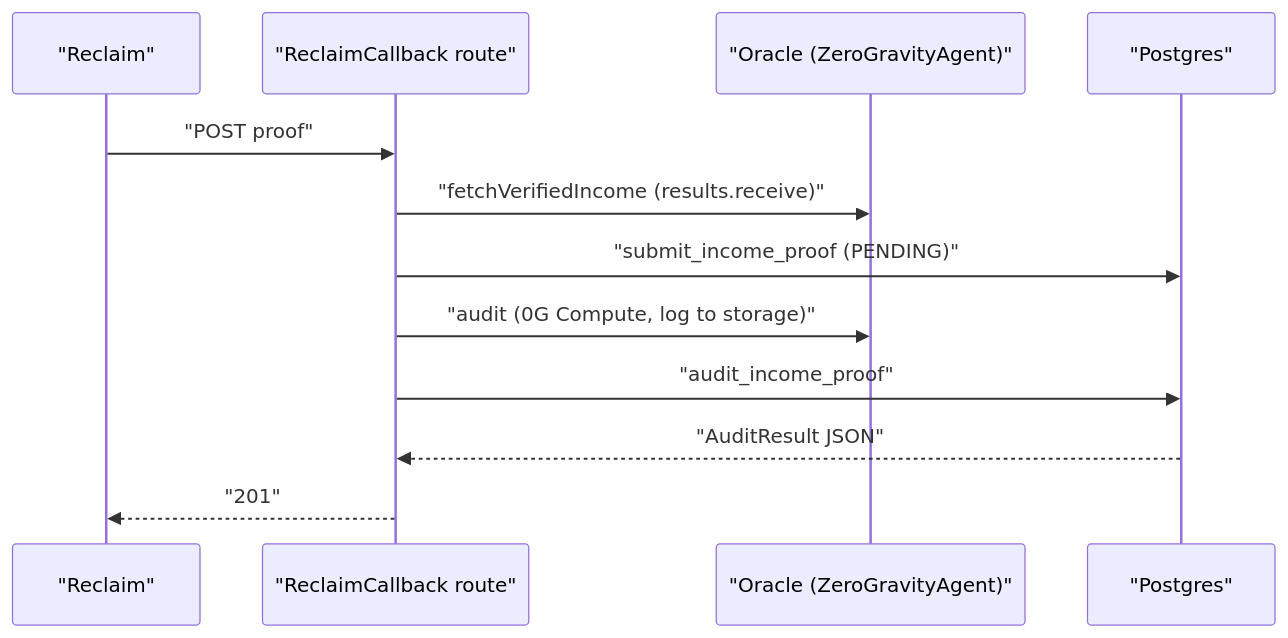
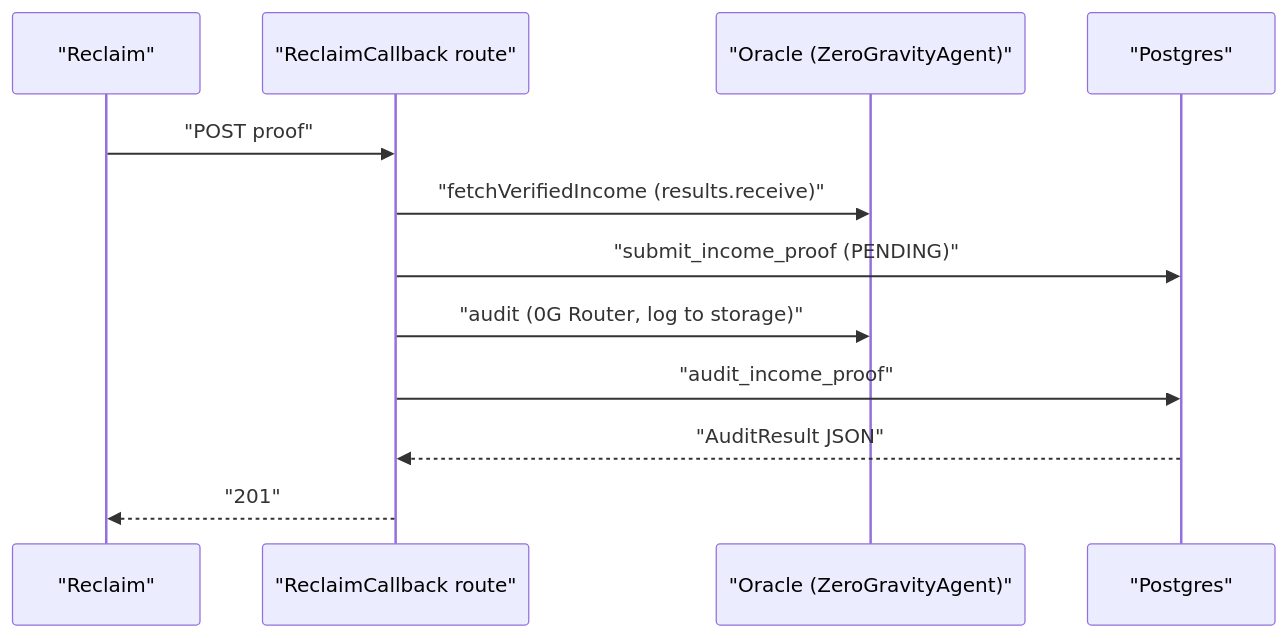
One commit to predatorx7/stakeme-ex changed the fourth of 4 diagrams in docs/backend.md. Above: the diagram before and after it, drawn with Mermaid. The commit also changed other lines of this file and 10 other files, not shown here.

````diff
--- a/docs/backend.md
+++ b/docs/backend.md
@@ -135,14 +153,14 @@
 ```mermaid
 sequenceDiagram
     participant R as "Reclaim"
     participant API as "ReclaimCallback route"
     participant I as "Oracle (ZeroGravityAgent)"
     participant DB as "Postgres"
     R->>API: "POST proof"
     API->>I: "fetchVerifiedIncome (results.receive)"
     API->>DB: "submit_income_proof (PENDING)"
-    API->>I: "audit (0G Compute, log to storage)"
+    API->>I: "audit (0G Router, log to storage)"
     API->>DB: "audit_income_proof"
     DB-->>API: "AuditResult JSON"
     API-->>R: "201"
 ```
````
